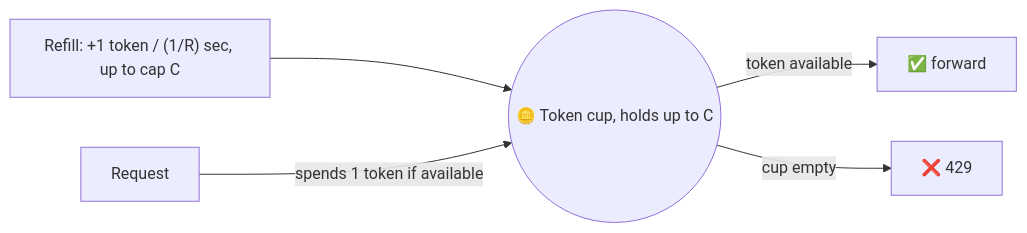
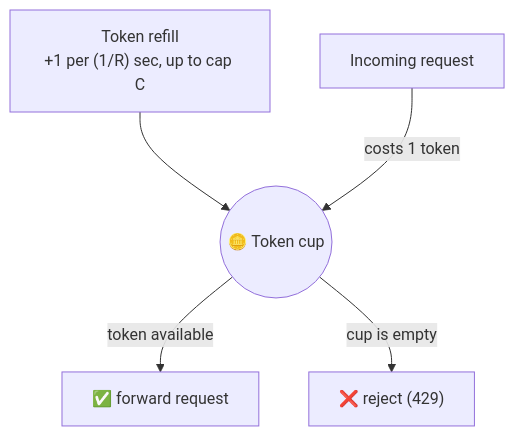
One commit to riyaz-pasha/Learnings changed the fifth of 17 diagrams in system-design/HLD/0-course/19-Rate-Limiter-FAANG-Guide-story.md. Above: the diagram before and after it, drawn with Mermaid. The commit also changed other lines of this file, not shown here.

Commit message:
rewrite: simplify english and clean up mermaid diagrams in rate limiter story guide

````diff
--- a/system-design/HLD/0-course/19-Rate-Limiter-FAANG-Guide-story.md
+++ b/system-design/HLD/0-course/19-Rate-Limiter-FAANG-Guide-story.md
@@ -116,7 +252,7 @@
 ```mermaid
-flowchart LR
-    Refill["Refill: +1 token / (1/R) sec, up to cap C"] --> Cup(("🪙 Token cup, holds up to C"))
-    Req["Request"] -->|"spends 1 token if available"| Cup
-    Cup -->|token available| Allow["✅ forward"]
-    Cup -->|cup empty| Reject["❌ 429"]
+flowchart TD
+    Refill["Token refill\n+1 per (1/R) sec, up to cap C"] --> Cup(("🪙 Token cup"))
+    Req["Incoming request"] -->|"costs 1 token"| Cup
+    Cup -->|"token available"| Allow["✅ forward request"]
+    Cup -->|"cup is empty"| Reject["❌ reject (429)"]
 ```
````
